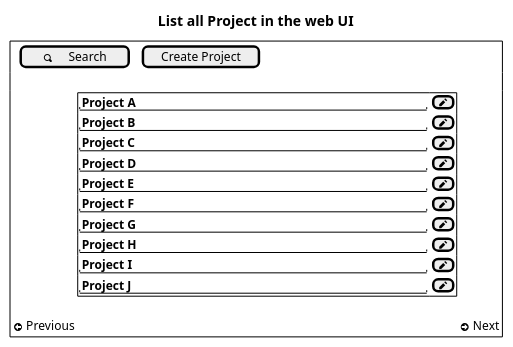
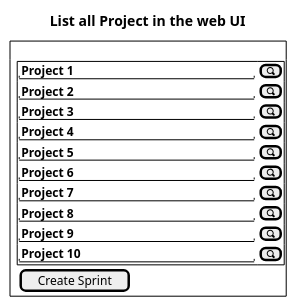
Before and after one commit to ivo-menezes/project_g3: the diagram in docs/modelling_design/user_stories/us024/US024_ ListAllProjectWebUI_Mockup.puml, drawn with PlantUML.

Commit message:
US024: UI Design: ListAllProjectWebUI Mockup (closes #49)

```diff
--- a/docs/modelling_design/user_stories/us024/US024_ ListAllProjectWebUI_Mockup.puml
+++ b/docs/modelling_design/user_stories/us024/US024_ ListAllProjectWebUI_Mockup.puml
@@ -1,24 +1,23 @@
 @startuml
 title List all Project in the web UI
 salt
 {+
-{.{[<&magnifying-glass>     Search]}|.{[Create Project]}}
 .
 {
 .{+
-"<b>Project A                                  "|[<&pencil>]
-"<b>Project B                                  "|[<&pencil>]
-"<b>Project C                                  "|[<&pencil>]
-"<b>Project D                                  "|[<&pencil>]
-"<b>Project E                                  "|[<&pencil>]
-"<b>Project F                                  "|[<&pencil>]
-"<b>Project G                                  "|[<&pencil>]
-"<b>Project H                                  "|[<&pencil>]
-"<b>Project I                                  "|[<&pencil>]
-"<b>Project J                                  "|[<&pencil>]
+"<b>Project 1                    "|[<&magnifying-glass>]
+"<b>Project 2                    "|[<&magnifying-glass>]
+"<b>Project 3                    "|[<&magnifying-glass>]
+"<b>Project 4                    "|[<&magnifying-glass>]
+"<b>Project 5                    "|[<&magnifying-glass>]
+"<b>Project 6                    "|[<&magnifying-glass>]
+"<b>Project 7                    "|[<&magnifying-glass>]
+"<b>Project 8                    "|[<&magnifying-glass>]
+"<b>Project 9                    "|[<&magnifying-glass>]
+"<b>Project 10                   "|[<&magnifying-glass>]
 }
-.
-{<&arrow-circle-left> Previous}.{<&arrow-circle-right> Next}
+.{[Create Sprint]}
+
 }
 }
 @enduml
```
